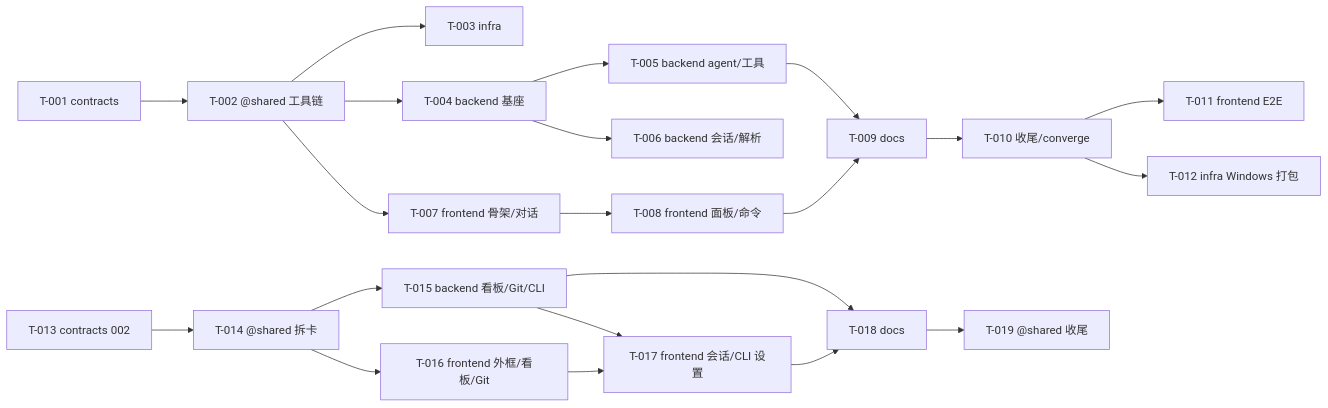
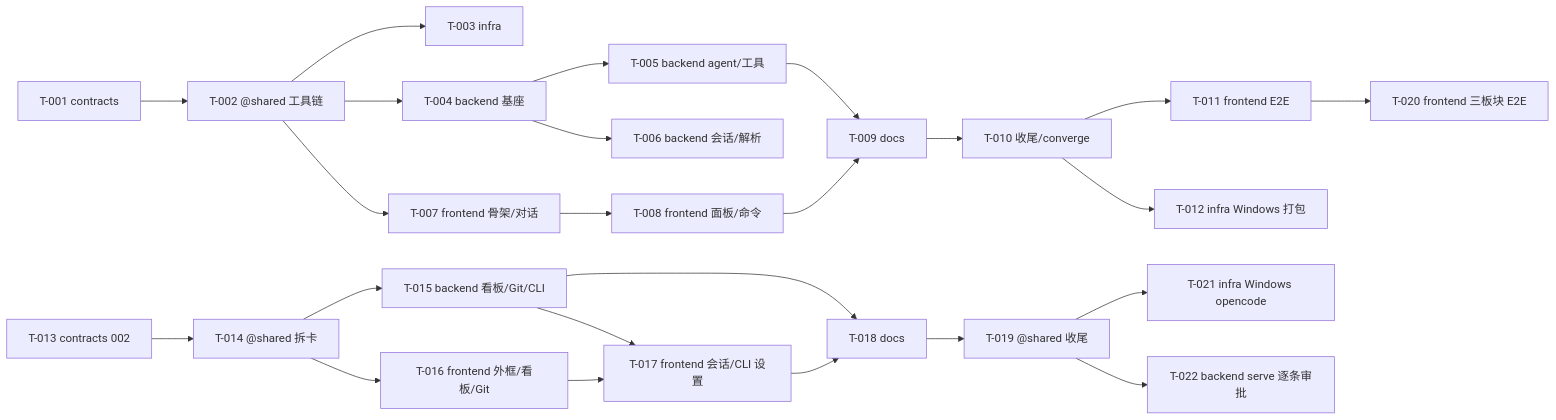
Before and after one commit to Pizuu/ai-code-manager: the diagram in docs/tasks/BOARD.md, drawn with Mermaid. The commit also changed other lines of this file and 12 other files, not shown here.

Commit message:
chore(shared): 002 收尾——看板与任务卡回流、converge 新卡 T-020…T-022、路线图 v0.2.0、版本号 0.2.0 (T122)

````diff
--- a/docs/tasks/BOARD.md
+++ b/docs/tasks/BOARD.md
@@ -32,23 +35,26 @@
 ```mermaid
 graph LR
   T001[T-001 contracts] --> T002[T-002 @shared 工具链]
   T002 --> T003[T-003 infra]
   T002 --> T004[T-004 backend 基座]
   T004 --> T005[T-005 backend agent/工具]
   T004 --> T006[T-006 backend 会话/解析]
   T002 --> T007[T-007 frontend 骨架/对话]
   T007 --> T008[T-008 frontend 面板/命令]
   T005 --> T009[T-009 docs]
   T008 --> T009
   T009 --> T010[T-010 收尾/converge]
   T010 --> T011[T-011 frontend E2E]
   T010 --> T012[T-012 infra Windows 打包]
   T013[T-013 contracts 002] --> T014[T-014 @shared 拆卡]
   T014 --> T015[T-015 backend 看板/Git/CLI]
   T014 --> T016[T-016 frontend 外框/看板/Git]
   T015 --> T017[T-017 frontend 会话/CLI 设置]
   T016 --> T017
   T015 --> T018[T-018 docs]
   T017 --> T018
   T018 --> T019[T-019 @shared 收尾]
+  T011 --> T020[T-020 frontend 三板块 E2E]
+  T019 --> T021[T-021 infra Windows opencode]
+  T019 --> T022[T-022 backend serve 逐条审批]
 ```
````
